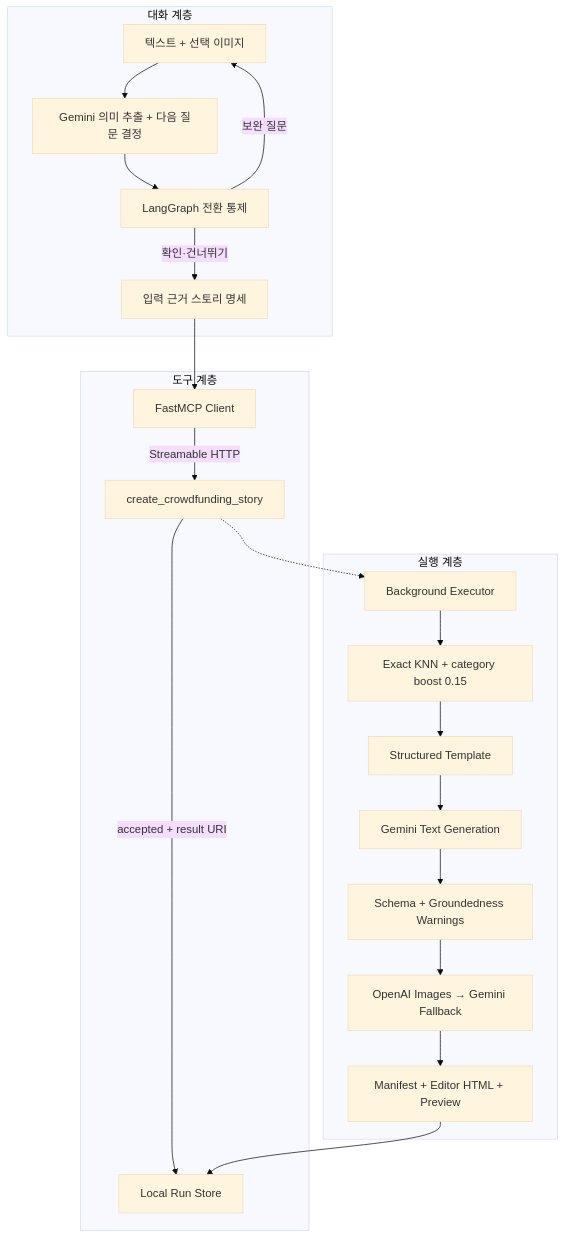
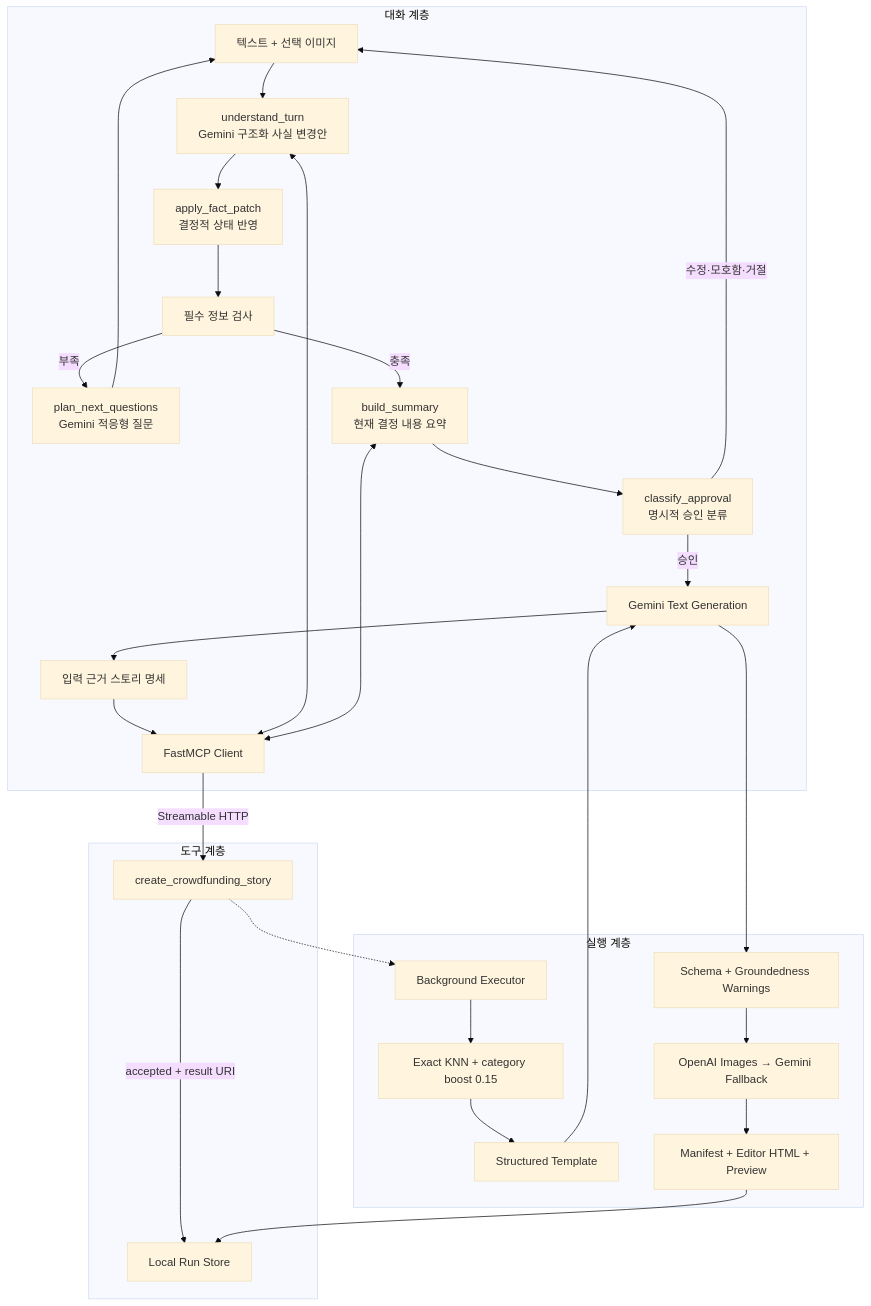
Before and after one commit to KT-Cloud-Tech-Up-team6/funding-story-ai: the diagram in docs/architecture.md, drawn with Mermaid (base theme). The commit also changed other lines of this file and 16 other files, not shown here.

````diff
--- a/docs/architecture.md
+++ b/docs/architecture.md
@@ -6,26 +6,35 @@
 ```mermaid
 flowchart TB
     subgraph Conversation["대화 계층"]
-        U["텍스트 + 선택 이미지"] --> X["Gemini 의미 추출 + 다음 질문 결정"]
-        X --> Q["LangGraph 전환 통제"]
-        Q -->|"보완 질문"| U
-        Q -->|"확인·건너뛰기"| B["입력 근거 스토리 명세"]
+        U["텍스트 + 선택 이미지"] --> X["understand_turn<br/>Gemini 구조화 사실 변경안"]
+        X --> F["apply_fact_patch<br/>결정적 상태 반영"]
+        F --> R["필수 정보 검사"]
+        R -->|"부족"| Q["plan_next_questions<br/>Gemini 적응형 질문"]
+        Q --> U
+        R -->|"충족"| Y["build_summary<br/>현재 결정 내용 요약"]
+        Y --> A["classify_approval<br/>명시적 승인 분류"]
+        A -->|"수정·모호함·거절"| U
+        A -->|"승인"| G["approval_guard<br/>요약 버전 검증"]
+        G --> B["입력 근거 스토리 명세"]
+        C[("SQLite Checkpointer<br/>thread_id 세션 상태")]
+        C <--> X
+        C <--> Y
     end
 
     subgraph Tool["도구 계층"]
         B --> C["FastMCP Client"]
         C -->|"Streamable HTTP"| M["create_crowdfunding_story"]
         M -->|"accepted + result URI"| S["Local Run Store"]
     end
 
     subgraph Execution["실행 계층"]
         M -.-> E["Background Executor"]
         E --> K["Exact KNN + category boost 0.15"]
         K --> P["Structured Template"]
         P --> G["Gemini Text Generation"]
         G --> V["Schema + Groundedness Warnings"]
         V --> I["OpenAI Images → Gemini Fallback"]
         I --> H["Manifest + Editor HTML + Preview"]
         H --> S
     end
 ```
````
